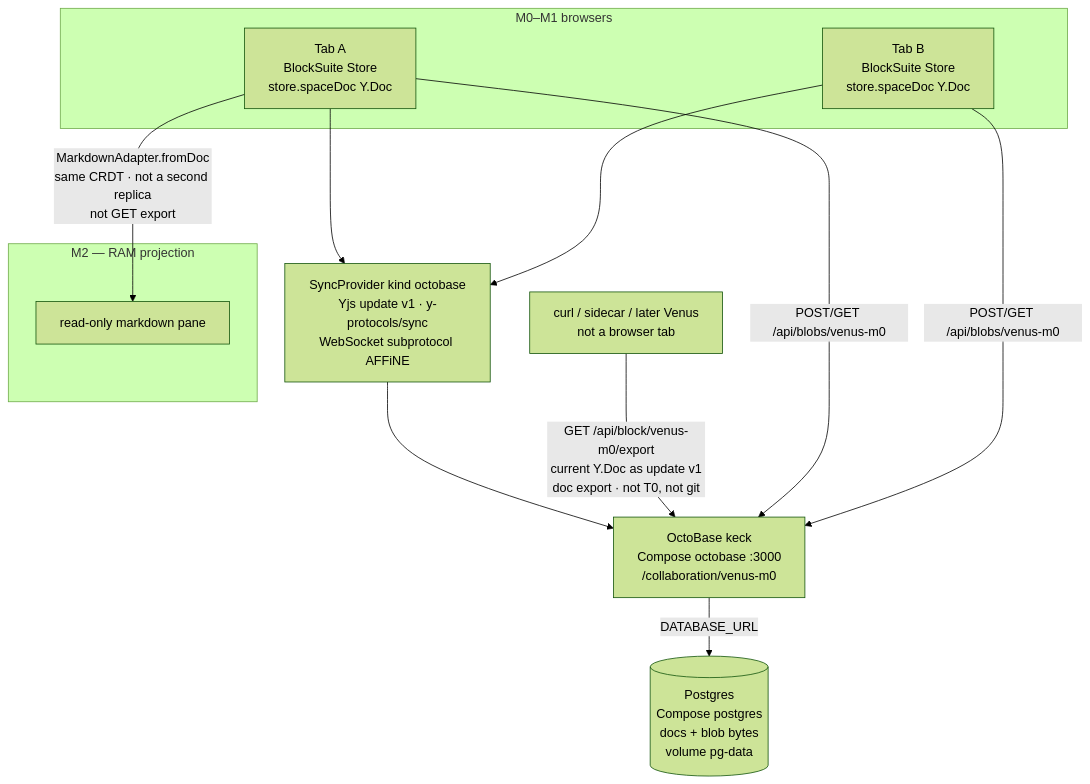
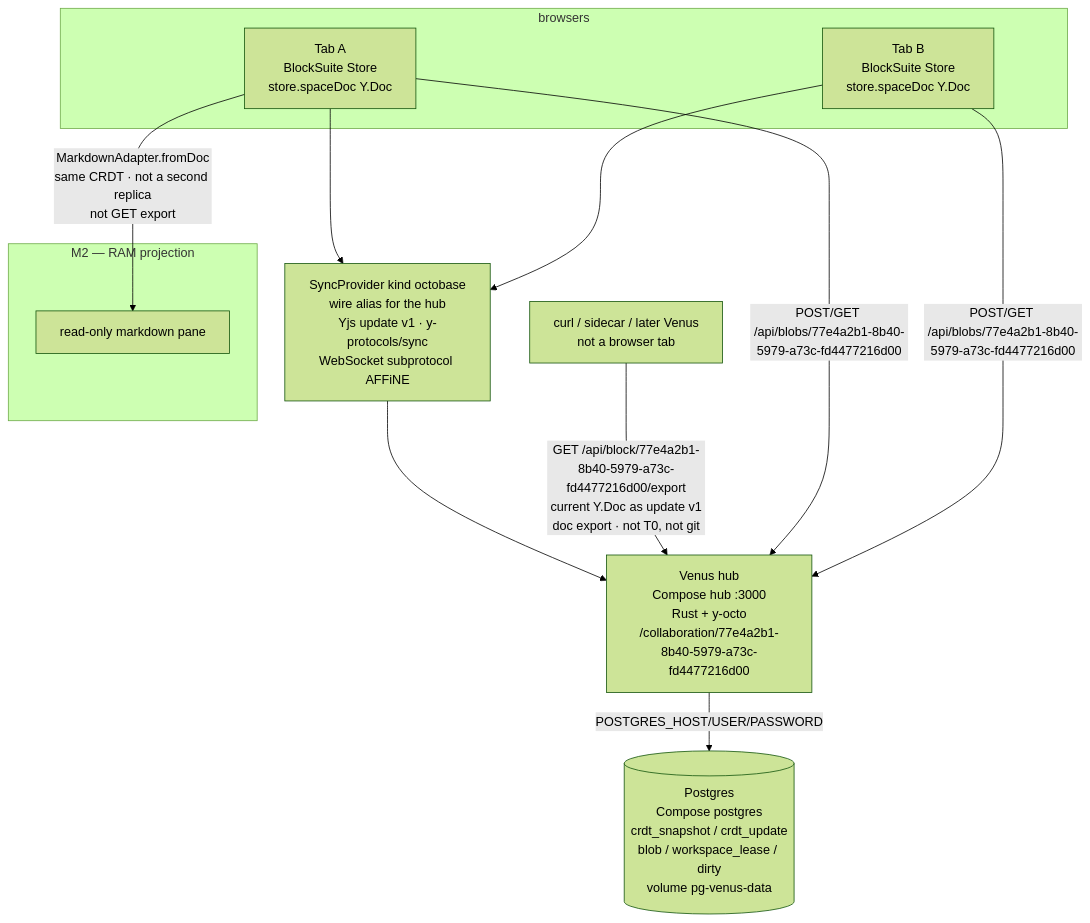
One commit to OpenDOps/Venus changed the diagram in docs/design/architecture.md. Above: the diagram before and after it, drawn with Mermaid (forest theme). The commit also changed other lines of this file and 78 other files, not shown here.

Commit message:
Close M3.0 steps 1–3: replace keck with a Venus-owned Rust hub so apply, Postgres persist, and AFFiNE sockets live in a crate we can ship.

````diff
--- a/docs/design/architecture.md
+++ b/docs/design/architecture.md
@@ -28,28 +28,28 @@
 ```mermaid
 flowchart TB
-  subgraph browsers["M0–M1 browsers"]
+  subgraph browsers["browsers"]
     tabA["Tab A<br/>BlockSuite Store<br/>store.spaceDoc Y.Doc"]
     tabB["Tab B<br/>BlockSuite Store<br/>store.spaceDoc Y.Doc"]
   end
 
-  ws["SyncProvider kind octobase<br/>Yjs update v1 · y-protocols/sync<br/>WebSocket subprotocol AFFiNE"]
-  keck["OctoBase keck<br/>Compose octobase :3000<br/>/collaboration/venus-m0"]
-  pg[("Postgres<br/>Compose postgres<br/>docs + blob bytes<br/>volume pg-data")]
+  ws["SyncProvider kind octobase<br/>wire alias for the hub<br/>Yjs update v1 · y-protocols/sync<br/>WebSocket subprotocol AFFiNE"]
+  hub["Venus hub<br/>Compose hub :3000<br/>Rust + y-octo<br/>/collaboration/77e4a2b1-8b40-5979-a73c-fd4477216d00"]
+  pg[("Postgres<br/>Compose postgres<br/>crdt_snapshot / crdt_update<br/>blob / workspace_lease / dirty<br/>volume pg-venus-data")]
 
   tabA --> ws
   tabB --> ws
-  ws --> keck
-  keck -->|"DATABASE_URL"| pg
+  ws --> hub
+  hub -->|"POSTGRES_HOST/USER/PASSWORD"| pg
 
   exportClient["curl / sidecar / later Venus<br/>not a browser tab"]
-  exportClient -->|"GET /api/block/venus-m0/export<br/>current Y.Doc as update v1<br/>doc export · not T0, not git"| keck
+  exportClient -->|"GET /api/block/77e4a2b1-8b40-5979-a73c-fd4477216d00/export<br/>current Y.Doc as update v1<br/>doc export · not T0, not git"| hub
 
-  tabA -->|"POST/GET /api/blobs/venus-m0"| keck
-  tabB -->|"POST/GET /api/blobs/venus-m0"| keck
+  tabA -->|"POST/GET /api/blobs/77e4a2b1-8b40-5979-a73c-fd4477216d00"| hub
+  tabB -->|"POST/GET /api/blobs/77e4a2b1-8b40-5979-a73c-fd4477216d00"| hub
 
   subgraph m2["M2 — RAM projection"]
     pane["read-only markdown pane"]
   end
 
   tabA -->|"MarkdownAdapter.fromDoc<br/>same CRDT · not a second replica<br/>not GET export"| pane
 ```
````
